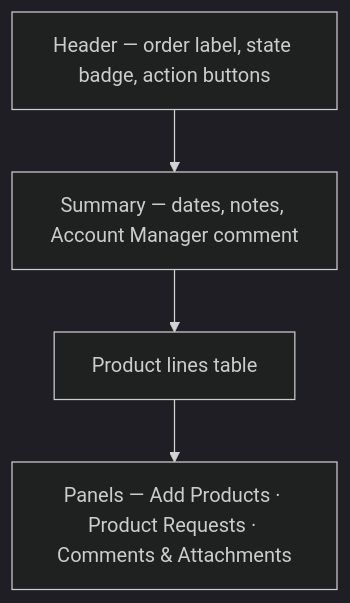
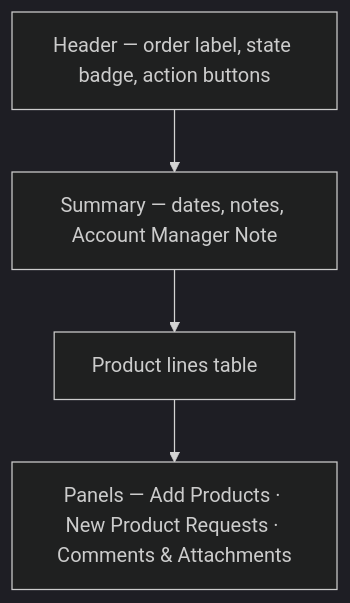
Before and after one commit to LaplaceSoftware/lp_projects_docs: the second of 3 diagrams in docs/b2b_ecommerce_docs/_user_guide/005-Client-Portal-Orders.md, drawn with Mermaid (dark theme). The commit also changed other lines of this file and 48 other files, not shown here.

````diff
--- a/docs/b2b_ecommerce_docs/_user_guide/005-Client-Portal-Orders.md
+++ b/docs/b2b_ecommerce_docs/_user_guide/005-Client-Portal-Orders.md
@@ -93,6 +93,6 @@
 ```mermaid
 flowchart TB
-    H["Header — order label, state badge, action buttons"] --> S["Summary — dates, notes, Account Manager comment"]
+    H["Header — order label, state badge, action buttons"] --> S["Summary — dates, notes, Account Manager Note"]
     S --> L["Product lines table"]
-    L --> P["Panels — Add Products · Product Requests · Comments & Attachments"]
+    L --> P["Panels — Add Products · New Product Requests · Comments & Attachments"]
 ```
````
